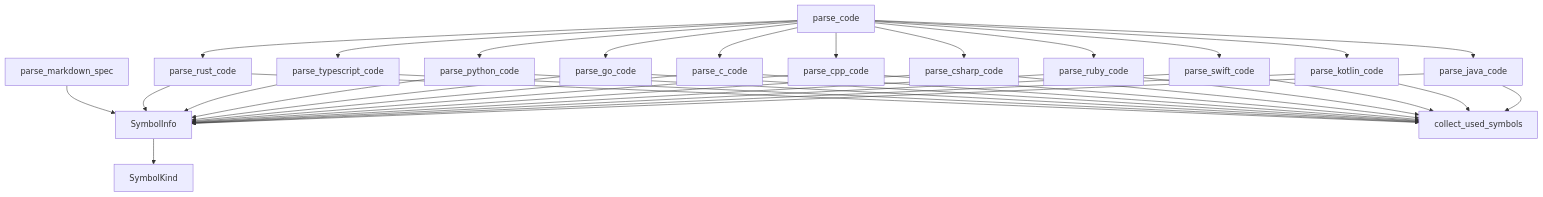
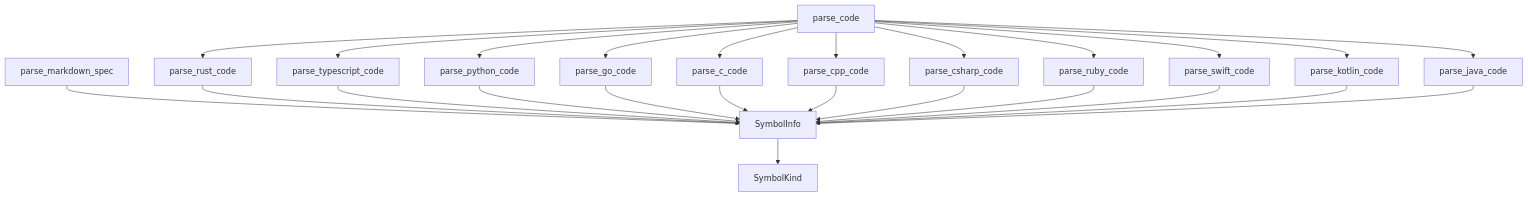
One commit to DovahkiinYuzuko/DocsAuditor changed the diagram in docs/variables'n'functions/[Rust]parser.md. Above: the diagram before and after it, drawn with Mermaid. The commit also changed other lines of this file and 9 other files, not shown here.

````diff
--- a/docs/variables'n'functions/[Rust]parser.md
+++ b/docs/variables'n'functions/[Rust]parser.md
@@ -149,38 +149,27 @@
 ```mermaid
 graph TD
     parse_markdown_spec --> SymbolInfo
     parse_code --> parse_rust_code
     parse_code --> parse_typescript_code
     parse_code --> parse_python_code
     parse_code --> parse_go_code
     parse_code --> parse_c_code
     parse_code --> parse_cpp_code
     parse_code --> parse_csharp_code
     parse_code --> parse_ruby_code
     parse_code --> parse_swift_code
     parse_code --> parse_kotlin_code
     parse_code --> parse_java_code
     parse_rust_code --> SymbolInfo
     parse_typescript_code --> SymbolInfo
     parse_python_code --> SymbolInfo
     parse_go_code --> SymbolInfo
     parse_c_code --> SymbolInfo
     parse_cpp_code --> SymbolInfo
     parse_csharp_code --> SymbolInfo
     parse_ruby_code --> SymbolInfo
     parse_swift_code --> SymbolInfo
     parse_kotlin_code --> SymbolInfo
     parse_java_code --> SymbolInfo
-    parse_rust_code --> collect_used_symbols
-    parse_typescript_code --> collect_used_symbols
-    parse_python_code --> collect_used_symbols
-    parse_go_code --> collect_used_symbols
-    parse_c_code --> collect_used_symbols
-    parse_cpp_code --> collect_used_symbols
-    parse_csharp_code --> collect_used_symbols
-    parse_ruby_code --> collect_used_symbols
-    parse_swift_code --> collect_used_symbols
-    parse_kotlin_code --> collect_used_symbols
-    parse_java_code --> collect_used_symbols
     SymbolInfo --> SymbolKind
 ```
````
